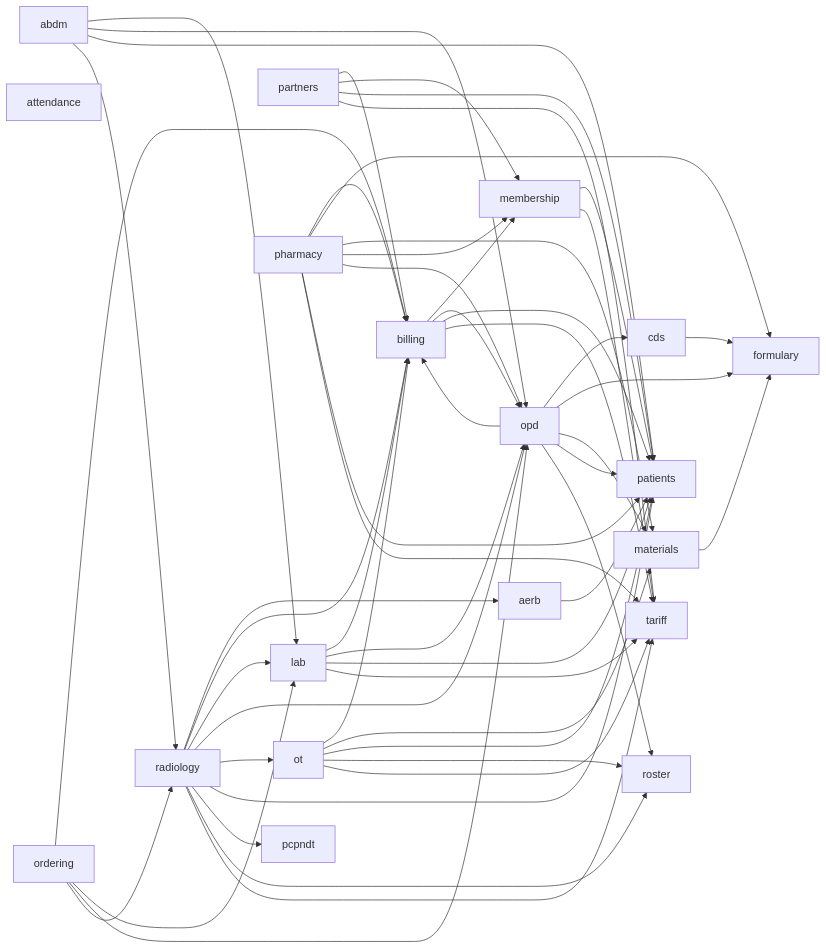
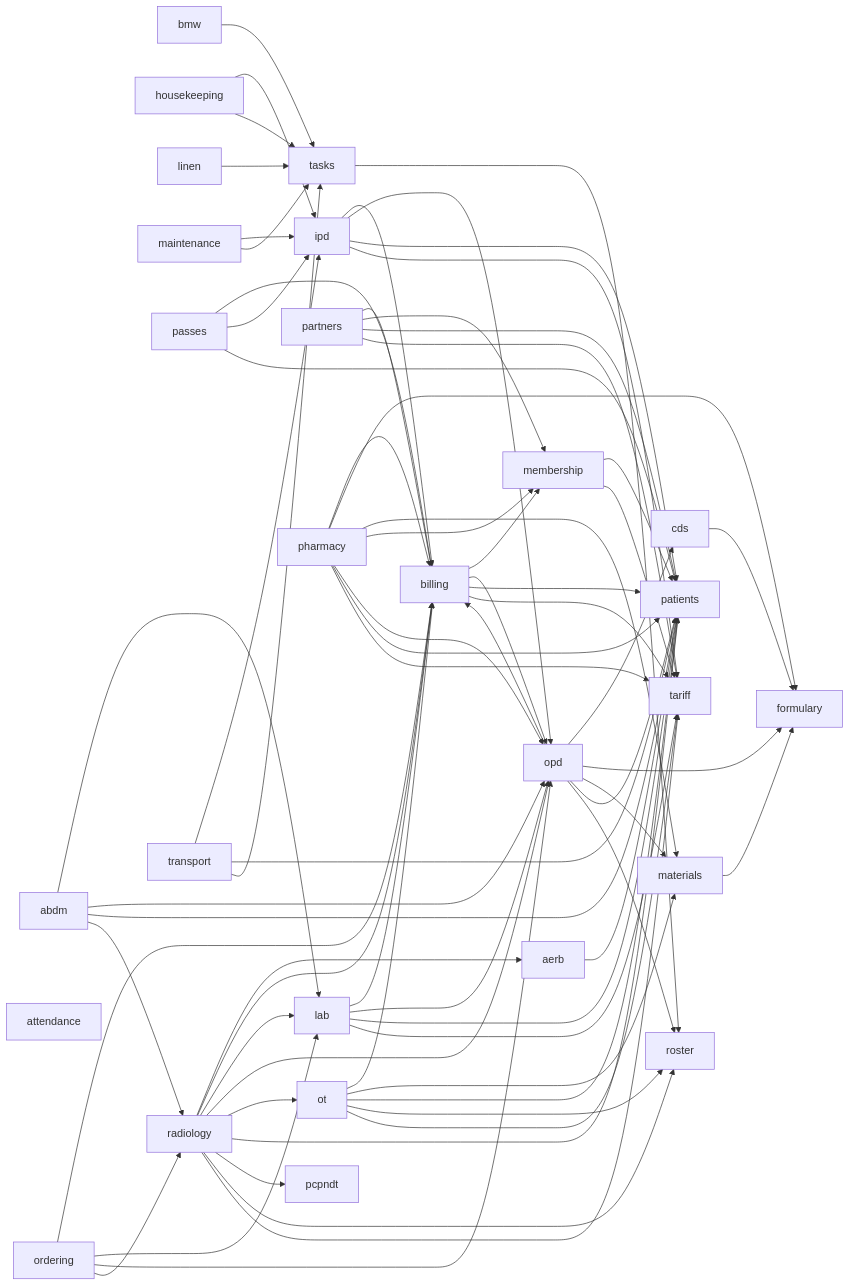
Before and after one commit to ankits3a/hims-hmis: the second of 2 diagrams in docs/architecture/README.md, drawn with Mermaid. The commit also changed other lines of this file and 5 other files, not shown here.

First line of the commit message:
docs(ipd-stage): regenerate the architecture map for the integrated tree

````diff
--- a/docs/architecture/README.md
+++ b/docs/architecture/README.md
@@ -34,21 +34,29 @@
   aerb[aerb]
   attendance[attendance]
   billing[billing]
+  bmw[bmw]
   cds[cds]
   formulary[formulary]
+  housekeeping[housekeeping]
+  ipd[ipd]
   lab[lab]
+  linen[linen]
+  maintenance[maintenance]
   materials[materials]
   membership[membership]
   opd[opd]
   ordering[ordering]
   ot[ot]
   partners[partners]
+  passes[passes]
   patients[patients]
   pcpndt[pcpndt]
   pharmacy[pharmacy]
   radiology[radiology]
   roster[roster]
   tariff[tariff]
+  tasks[tasks]
+  transport[transport]
   abdm --> lab
   abdm --> opd
   abdm --> patients
@@ -58,11 +66,21 @@
   billing --> opd
   billing --> patients
   billing --> tariff
+  bmw --> tasks
   cds --> formulary
+  housekeeping --> ipd
+  housekeeping --> tasks
+  ipd --> billing
+  ipd --> opd
+  ipd --> patients
+  ipd --> tariff
   lab --> billing
   lab --> opd
   lab --> patients
   lab --> tariff
+  linen --> tasks
+  maintenance --> ipd
+  maintenance --> tasks
   materials --> formulary
   membership --> patients
   membership --> tariff
@@ -85,6 +103,9 @@
   partners --> membership
   partners --> patients
   partners --> tariff
+  passes --> billing
+  passes --> ipd
+  passes --> patients
   pharmacy --> billing
   pharmacy --> formulary
   pharmacy --> materials
@@ -101,4 +122,8 @@
   radiology --> pcpndt
   radiology --> roster
   radiology --> tariff
+  tasks --> roster
+  transport --> ipd
+  transport --> patients
+  transport --> tasks
 ```
````
